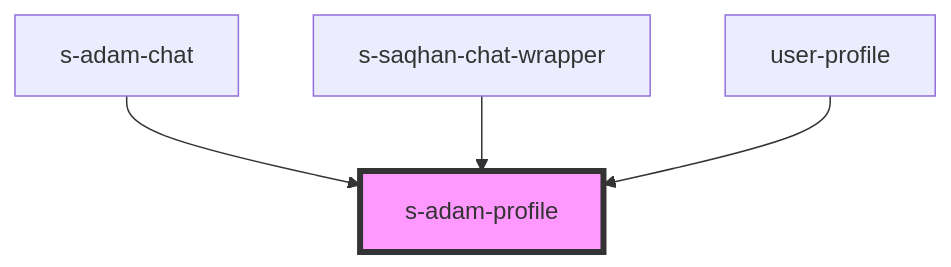
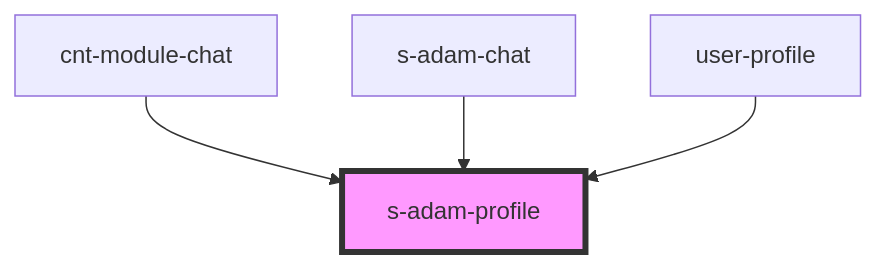
The diagram in src/components/shared/s-adam-profile/readme.md (saqhan/stencil-chat), drawn with Mermaid before and after one commit. The commit also changed other lines of this file and 26 other files, not shown here.

````diff
--- a/src/components/shared/s-adam-profile/readme.md
+++ b/src/components/shared/s-adam-profile/readme.md
@@ -31,7 +31,7 @@
 ```mermaid
 graph TD;
+  cnt-module-chat --> s-adam-profile
   s-adam-chat --> s-adam-profile
-  s-saqhan-chat-wrapper --> s-adam-profile
   user-profile --> s-adam-profile
   style s-adam-profile fill:#f9f,stroke:#333,stroke-width:4px
 ```
````
